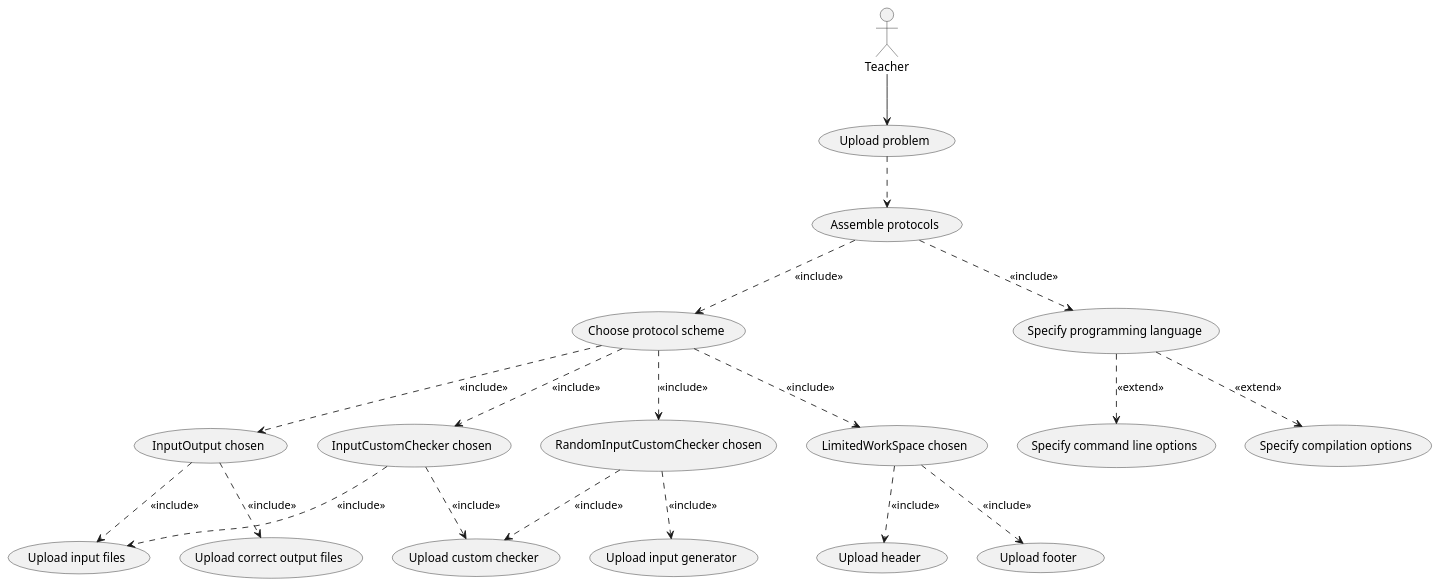
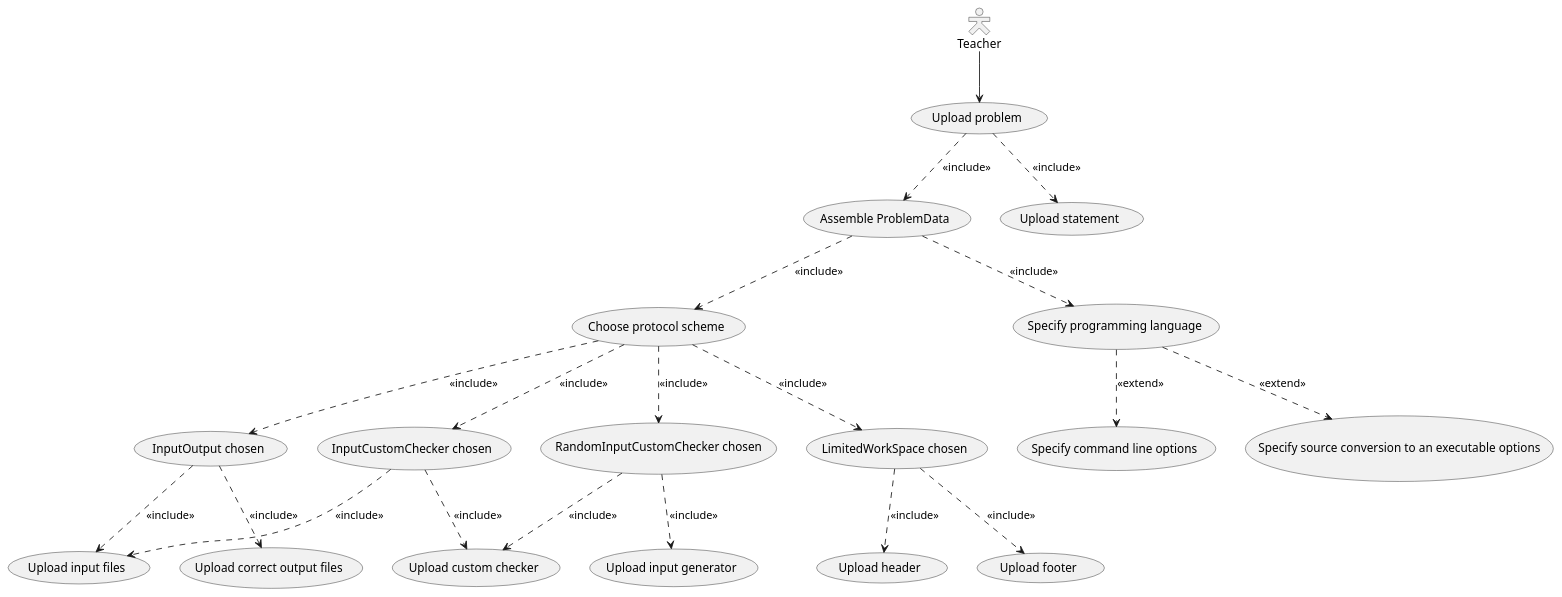
The diagram in Interface/CmdLineIF/UseCase_UploadProblemAsTeacher.puml (IgorZhiltsoff/TPy_project), drawn with PlantUML before and after one commit. The commit also changed 4 other files, not shown here.

Commit message:
Working on the class diagram

```diff
--- a/Interface/CmdLineIF/UseCase_UploadProblemAsTeacher.puml
+++ b/Interface/CmdLineIF/UseCase_UploadProblemAsTeacher.puml
@@ -1,46 +1,48 @@
 @startuml
 'https://plantuml.com/use-case-diagram
 
 
 'GENERAL
+skinparam actorstyle hollow
 Teacher --> (Upload problem)
 
 'PROTOCOLS
 (Choose protocol scheme) as (Prot)
-(Upload problem) ..> (Assemble protocols)
-(Assemble protocols) ..> (Prot) : <<include>>
+(Upload problem) ..> (Assemble ProblemData) : <<include>>
+(Upload problem) ..> (Upload statement) : <<include>>
+(Assemble ProblemData) ..> (Prot) : <<include>>
 
 (InputOutput chosen) as (IO)
     (IO) ..> (Upload input files) : <<include>>
     (IO) ..> (Upload correct output files) : <<include>>
 
 
 (InputCustomChecker chosen) as (ICC)
     (ICC) ..> (Upload input files) : <<include>>
     (ICC) ..>(Upload custom checker) : <<include>>
 
 
 (RandomInputCustomChecker chosen) as (RICC)
     (RICC) ..> (Upload input generator) : <<include>>
     (RICC) ..> (Upload custom checker) : <<include>>
 
 
 (LimitedWorkSpace chosen) as (LWS)
     (LWS) ..> (Upload header) : <<include>>
     (LWS) ..> (Upload footer) : <<include>>
 
 
 (Prot) ..> (IO) : <<include>>
 (Prot) ..> (ICC) : <<include>>
 (Prot) ..> (RICC) : <<include>>
 (Prot) ..> (LWS) : <<include>>
 
 'LANGUAGE
 (Specify programming language) as (Lang)
-(Assemble protocols) ..> (Lang) : <<include>>
+(Assemble ProblemData) ..> (Lang) : <<include>>
 
 (Lang) ..> (Specify command line options) : <<extend>>
-(Lang) ..> (Specify compilation options) : <<extend>>
+(Lang) ..> (Specify source conversion to an executable options) : <<extend>>
 
 
 @enduml
```
